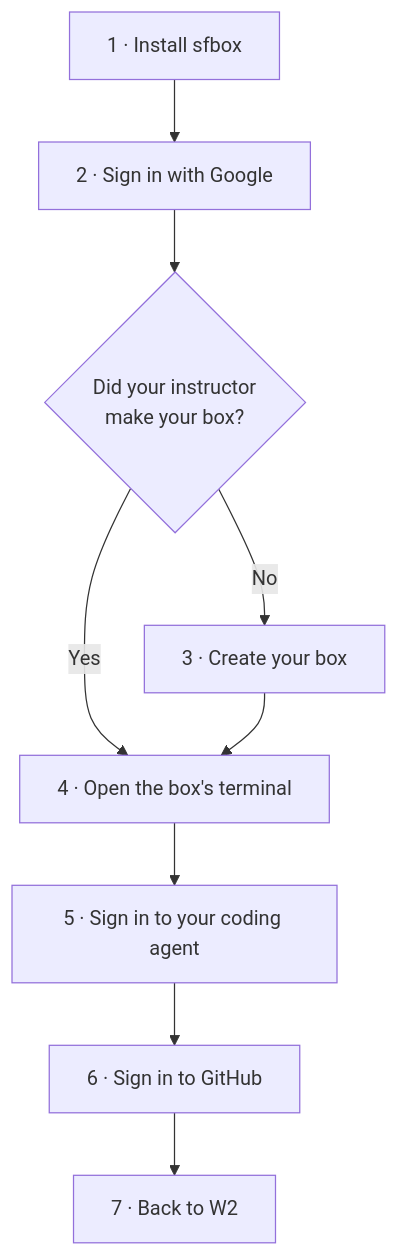
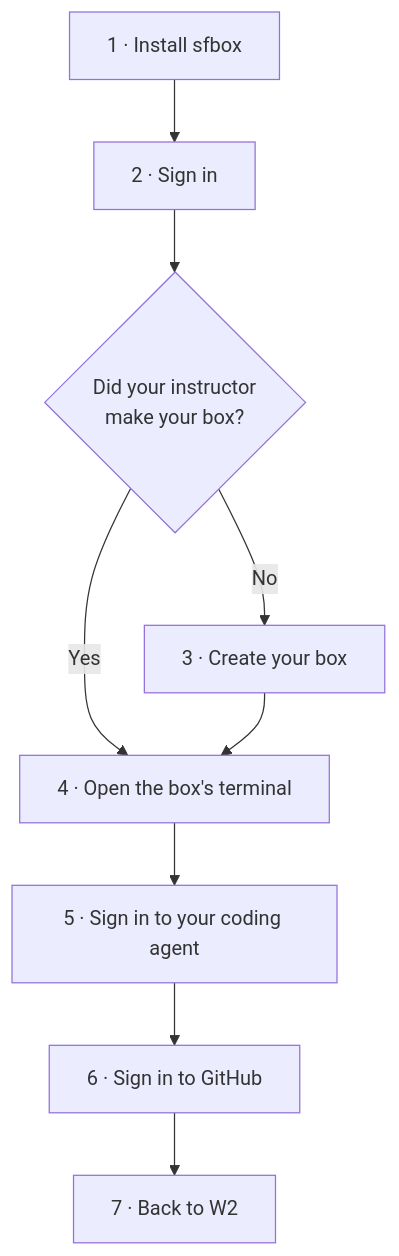
The diagram in CLOUD_BOX_GUIDE.md (actual-software/sf-tutorial), drawn with Mermaid before and after one commit. The commit also changed other lines of this file, not shown here.

First line of the commit message:
Tell participants they can sign in with an emailed code (#66)

````diff
--- a/CLOUD_BOX_GUIDE.md
+++ b/CLOUD_BOX_GUIDE.md
@@ -31,11 +31,11 @@
 ```mermaid
 flowchart TD
-    A[1 · Install sfbox] --> B[2 · Sign in with Google]
+    A[1 · Install sfbox] --> B[2 · Sign in]
     B --> C{Did your instructor<br/>make your box?}
     C -->|No| D[3 · Create your box]
     C -->|Yes| E[4 · Open the box's terminal]
     D --> E
     E --> F[5 · Sign in to your coding agent]
     F --> G[6 · Sign in to GitHub]
     G --> H[7 · Back to W2]
 ```
````
